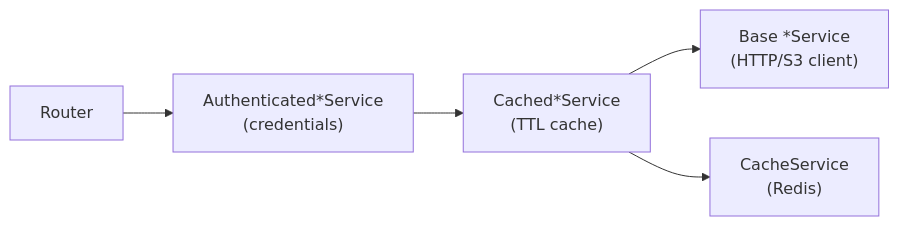
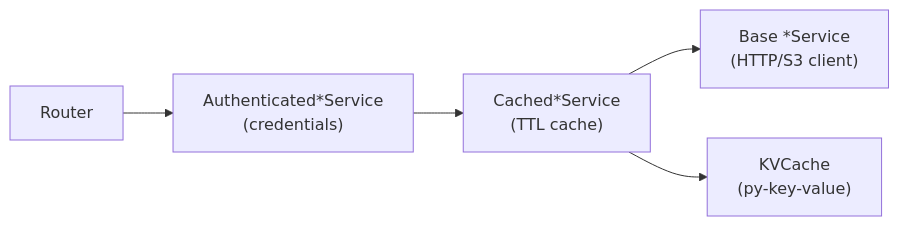
Before and after one commit to AI-Riksarkivet/ra-hcp: the third of 3 diagrams in docs/architecture/backend.md, drawn with Mermaid. The commit also changed other lines of this file and 4 other files, not shown here.

````diff
--- a/docs/architecture/backend.md
+++ b/docs/architecture/backend.md
@@ -202,7 +202,7 @@
 ```mermaid
 graph LR
     ROUTER["Router"] --> AUTH["Authenticated*Service<br/>(credentials)"]
     AUTH --> CACHED["Cached*Service<br/>(TTL cache)"]
     CACHED --> BASE["Base *Service<br/>(HTTP/S3 client)"]
-    CACHED --> REDIS["CacheService<br/>(Redis)"]
+    CACHED --> KV["KVCache<br/>(py-key-value)"]
 ```
````
